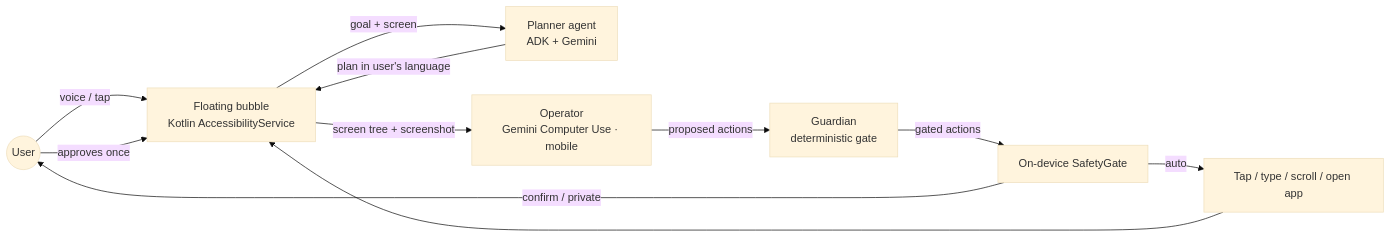
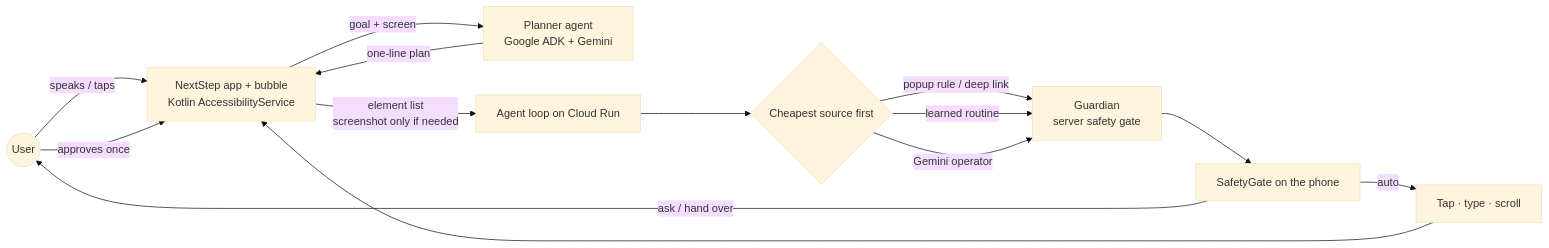
Before and after one commit to justToLearnNExplore/nextstep: the diagram in README.md, drawn with Mermaid (base theme). The commit also changed other lines of this file, not shown here.

````diff
--- a/README.md
+++ b/README.md
@@ -15,13 +72,16 @@
 ```mermaid
 flowchart LR
-  U((User)) -- voice / tap --> B[Floating bubble<br/>Kotlin AccessibilityService]
-  B -- goal + screen --> P[Planner agent<br/>ADK + Gemini]
-  P -- plan in user's language --> B
-  U -- approves once --> B
-  B -- screen tree + screenshot --> O[Operator<br/>Gemini Computer Use · mobile]
-  O -- proposed actions --> G[Guardian<br/>deterministic gate]
-  G -- gated actions --> S[On-device SafetyGate]
-  S -- auto --> X[Tap / type / scroll / open app]
-  S -- confirm / private --> U
-  X --> B
+  U((User)) -- speaks / taps --> A[NextStep app + bubble<br/>Kotlin AccessibilityService]
+  A -- goal + screen --> P[Planner agent<br/>Google ADK + Gemini]
+  P -- one-line plan --> A
+  U -- approves once --> A
+  A -- element list<br/>screenshot only if needed --> L[Agent loop on Cloud Run]
+  L --> R{Cheapest source first}
+  R -- popup rule / deep link --> G
+  R -- learned routine --> G
+  R -- Gemini operator --> G[Guardian<br/>server safety gate]
+  G --> S[SafetyGate on the phone]
+  S -- auto --> X[Tap · type · scroll]
+  S -- ask / hand over --> U
+  X --> A
 ```
````
